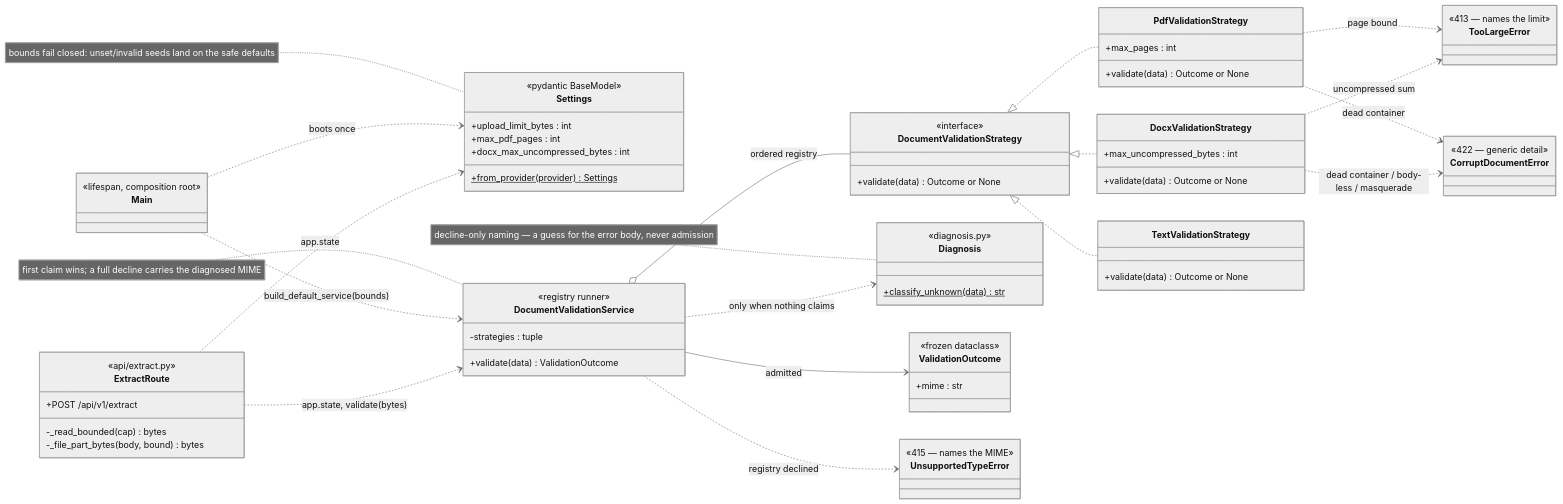
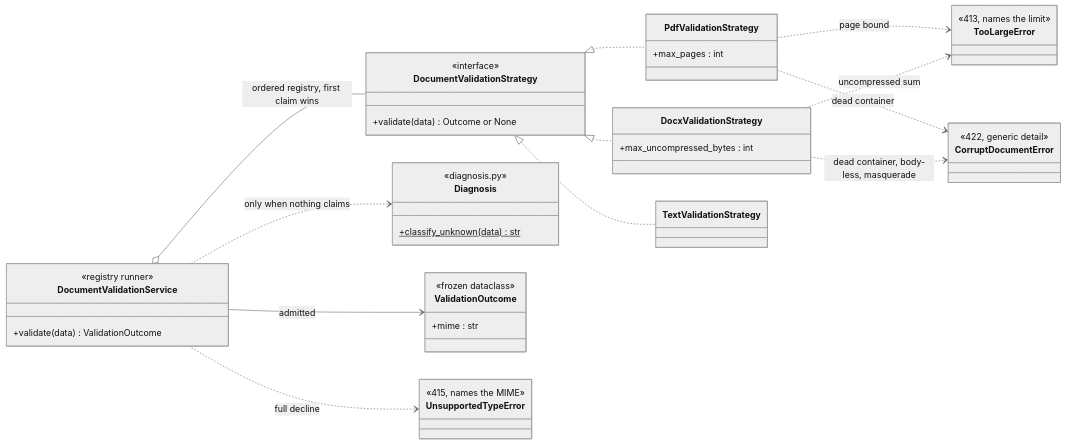
The second of 3 diagrams in services/document-parser/specification/references/validation.md (kunalPisolkar24/detectAI), drawn with Mermaid (neutral theme) before and after one commit. The commit also changed other lines of this file, not shown here.

Commit message:
Repair and split the validation reference diagrams

````diff
--- a/services/document-parser/specification/references/validation.md
+++ b/services/document-parser/specification/references/validation.md
@@ -46,28 +87,8 @@
 classDiagram
     direction LR
 
-    class Main {
-        <<lifespan, composition root>>
-    }
-
-    class Settings {
-        <<pydantic BaseModel>>
-        +upload_limit_bytes : int
-        +max_pdf_pages : int
-        +docx_max_uncompressed_bytes : int
-        +from_provider(provider)$ Settings
-    }
-
-    class ExtractRoute {
-        <<api/extract.py>>
-        +POST /api/v1/extract
-        -_read_bounded(cap) bytes
-        -_file_part_bytes(body, bound) bytes
-    }
-
     class DocumentValidationService {
         <<registry runner>>
-        -strategies : tuple
         +validate(data) ValidationOutcome
     }
 
@@ -78,16 +99,13 @@
 
     class PdfValidationStrategy {
         +max_pages : int
-        +validate(data) Outcome or None
     }
 
     class DocxValidationStrategy {
         +max_uncompressed_bytes : int
-        +validate(data) Outcome or None
     }
 
     class TextValidationStrategy {
-        +validate(data) Outcome or None
     }
 
     class Diagnosis {
@@ -101,30 +119,21 @@
     }
 
     class UnsupportedTypeError {
-        <<415 — names the MIME>>
+        <<415, names the MIME>>
     }
 
     class TooLargeError {
-        <<413 — names the limit>>
+        <<413, names the limit>>
     }
 
     class CorruptDocumentError {
-        <<422 — generic detail>>
+        <<422, generic detail>>
     }
 
-    note for Settings "bounds fail closed: unset/invalid seeds land on the safe defaults"
-    note for DocumentValidationService "first claim wins; a full decline carries the diagnosed MIME"
-    note for Diagnosis "decline-only naming — a guess for the error body, never admission"
-
-    Main ..> Settings : boots once
-    Main ..> DocumentValidationService : build_default_service(bounds)
-    ExtractRoute ..> Settings : app.state
-    ExtractRoute ..> DocumentValidationService : app.state, validate(bytes)
-
-    DocumentValidationService o-- DocumentValidationStrategy : ordered registry
+    DocumentValidationService o-- DocumentValidationStrategy : ordered registry, first claim wins
     DocumentValidationService ..> Diagnosis : only when nothing claims
     DocumentValidationService --> ValidationOutcome : admitted
-    DocumentValidationService ..> UnsupportedTypeError : registry declined
+    DocumentValidationService ..> UnsupportedTypeError : full decline
 
     DocumentValidationStrategy <|.. PdfValidationStrategy
     DocumentValidationStrategy <|.. DocxValidationStrategy
@@ -133,6 +142,6 @@
     PdfValidationStrategy ..> TooLargeError : page bound
     PdfValidationStrategy ..> CorruptDocumentError : dead container
     DocxValidationStrategy ..> TooLargeError : uncompressed sum
-    DocxValidationStrategy ..> CorruptDocumentError : dead container / body-less / masquerade
+    DocxValidationStrategy ..> CorruptDocumentError : dead container, body-less, masquerade
 
 ```
````
